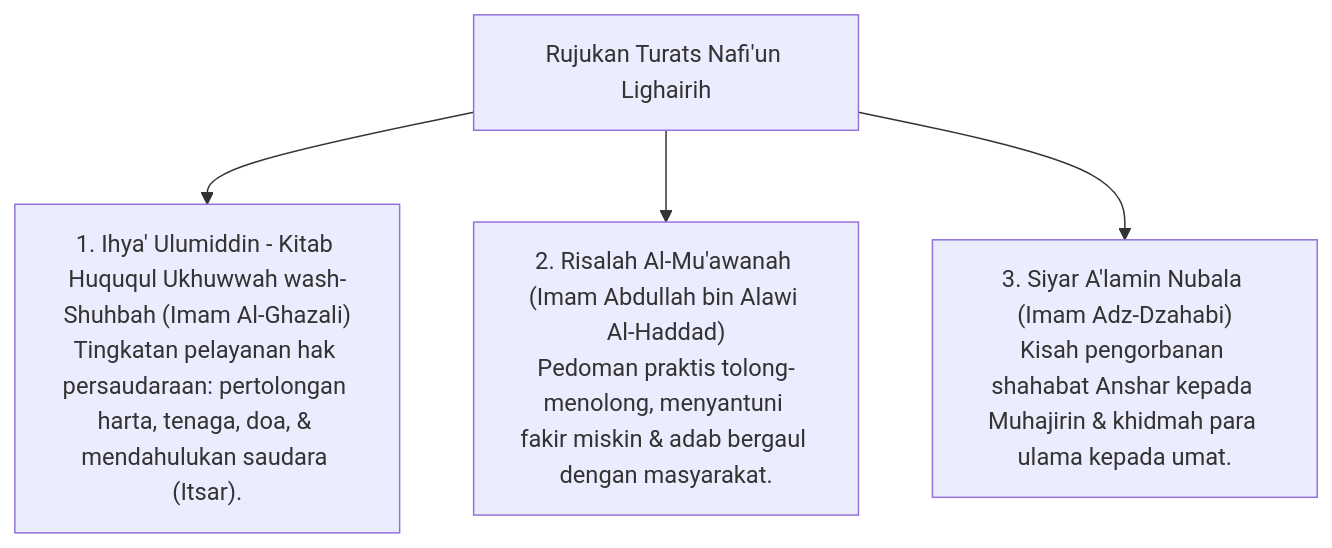
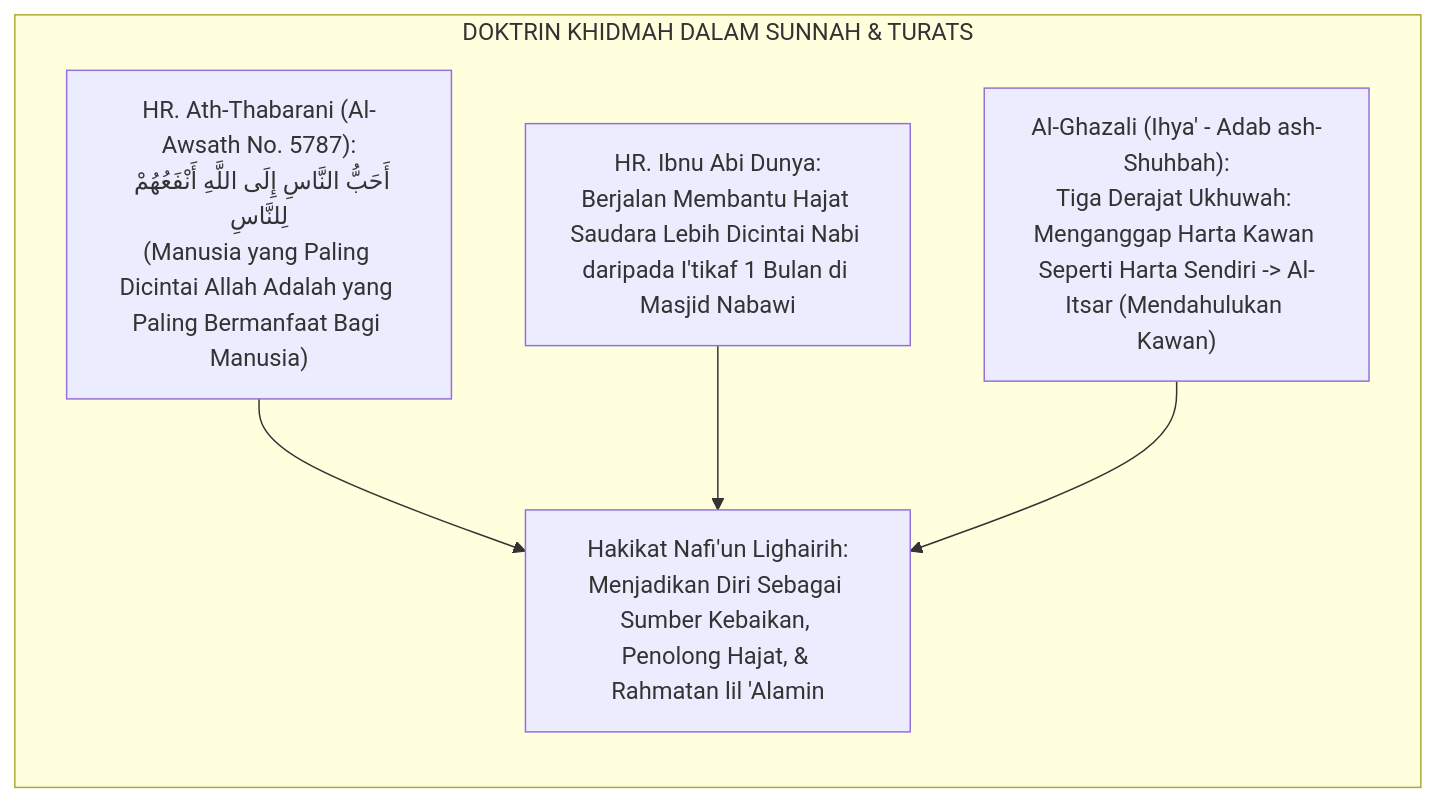
The second of 7 diagrams in 03 Capacity Framework/13 Nafi'un Lighairih/P3-13-01-Filosofi-dan-Landasan-Turats.md (wandiapriliyandi/tumbuh), drawn with Mermaid before and after one commit. The commit also changed other lines of this file and 14 other files, not shown here.

Commit message:
docs(03-capacity): complete all 15 research monographs for 13 Nafi'un Lighairih

````diff
--- a/03 Capacity Framework/13 Nafi'un Lighairih/P3-13-01-Filosofi-dan-Landasan-Turats.md
+++ b/03 Capacity Framework/13 Nafi'un Lighairih/P3-13-01-Filosofi-dan-Landasan-Turats.md
@@ -22,8 +74,8 @@
 ```mermaid
-graph TD
-    Turats["Rujukan Turats Nafi'un Lighairih"]
-    
-    Turats --> T1["1. Ihya' Ulumiddin - Kitab Huququl Ukhuwwah wash-Shuhbah (Imam Al-Ghazali)<br/>Tingkatan pelayanan hak persaudaraan: pertolongan harta, tenaga, doa, & mendahulukan saudara (Itsar)."]
-    Turats --> T2["2. Risalah Al-Mu'awanah (Imam Abdullah bin Alawi Al-Haddad)<br/>Pedoman praktis tolong-menolong, menyantuni fakir miskin & adab bergaul dengan masyarakat."]
-    Turats --> T3["3. Siyar A'lamin Nubala (Imam Adz-Dzahabi)<br/>Kisah pengorbanan shahabat Anshar kepada Muhajirin & khidmah para ulama kepada umat."]
+flowchart LR
+    subgraph TuratsKemuliaanKhidmahSosial["DOKTRIN KHIDMAH DALAM SUNNAH & TURATS"]
+        HaditsAnfa["HR. Ath-Thabarani (Al-Awsath No. 5787):<br/>أَحَبُّ النَّاسِ إِلَى اللَّهِ أَنْفَعُهُمْ لِلنَّاسِ<br/>(Manusia yang Paling Dicintai Allah Adalah yang Paling Bermanfaat Bagi Manusia)"] --> Inti["Hakikat Nafi'un Lighairih:<br/>Menjadikan Diri Sebagai Sumber Kebaikan, Penolong Hajat, & Rahmatan lil 'Alamin"]
+        HaditsHajah["HR. Ibnu Abi Dunya:<br/>Berjalan Membantu Hajat Saudara Lebih Dicintai Nabi daripada I'tikaf 1 Bulan di Masjid Nabawi"] --> Inti
+        Ghazali["Al-Ghazali (Ihya' - Adab ash-Shuhbah):<br/>Tiga Derajat Ukhuwah: Menganggap Harta Kawan Seperti Harta Sendiri -> Al-Itsar (Mendahulukan Kawan)"] --> Inti
+    end
 ```
````
